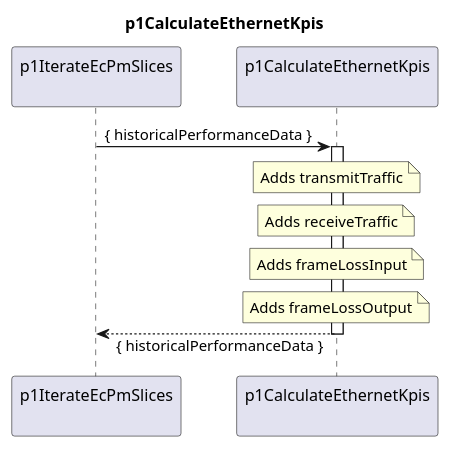
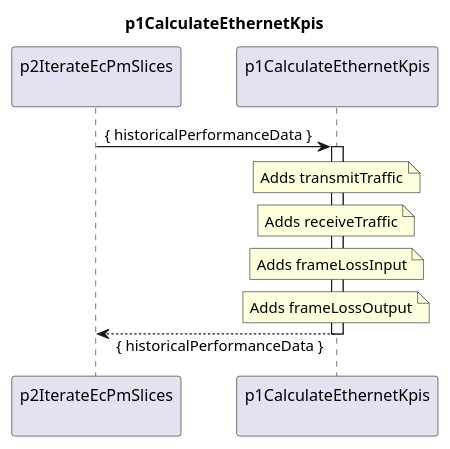
One commit to openBackhaul/DevicePerformanceManagementDataProcessor changed the diagram in spec/Functions/p1StreamPmData/p2ProcessDevice/p2CreateResultCc/p2IterateEcPmSlices/p1CalculateEthernetKpis/1.0.0/p1CalculateEthernetKpis.plantuml. Above: the diagram before and after it, drawn with PlantUML. The commit also changed 16 other files, not shown here.

Commit message:
Fix couple of glitches; update diagrams

```diff
--- a/spec/Functions/p1StreamPmData/p2ProcessDevice/p2CreateResultCc/p2IterateEcPmSlices/p1CalculateEthernetKpis/1.0.0/p1CalculateEthernetKpis.plantuml
+++ b/spec/Functions/p1StreamPmData/p2ProcessDevice/p2CreateResultCc/p2IterateEcPmSlices/p1CalculateEthernetKpis/1.0.0/p1CalculateEthernetKpis.plantuml
@@ -1,35 +1,35 @@
 @startuml p1CalculateEthernetKpis
 skinparam responseMessageBelowArrow true
 
 title
   p1CalculateEthernetKpis
 end title
 
-participant "p1IterateEcPmSlices\n" as requestor
+participant "p2IterateEcPmSlices\n" as requestor
 participant "p1CalculateEthernetKpis\n" as ethKpis
 
 requestor -> ethKpis : { historicalPerformanceData }
 activate ethKpis
 
     note over ethKpis
       Adds transmitTraffic
     end note
 
     note over ethKpis
       Adds receiveTraffic
     end note
 
     note over ethKpis
       Adds frameLossInput
     end note
 
     note over ethKpis
       Adds frameLossOutput
     end note
 
 requestor <-- ethKpis : { historicalPerformanceData }
 deactivate ethKpis
 
 deactivate requestor
 
 @enduml
```
